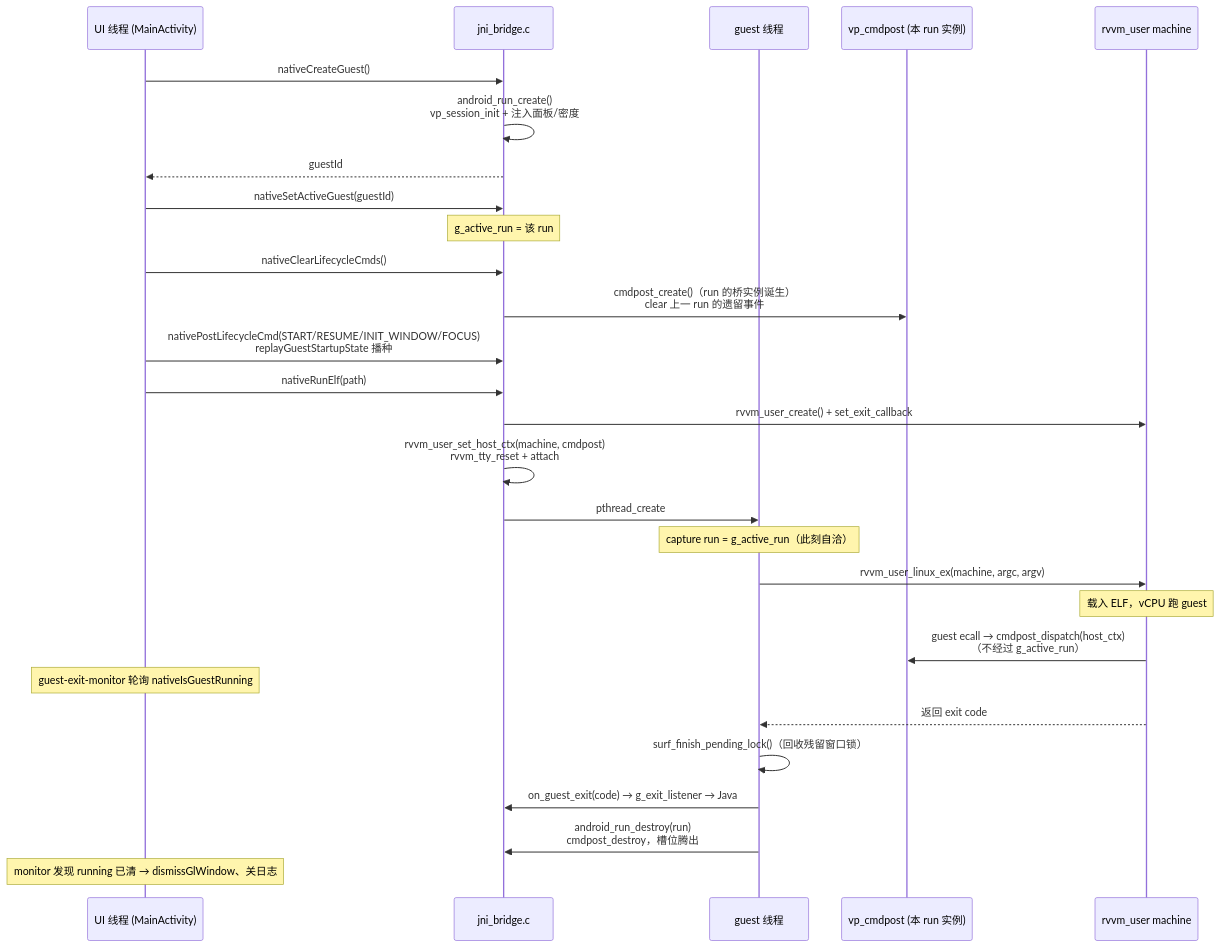
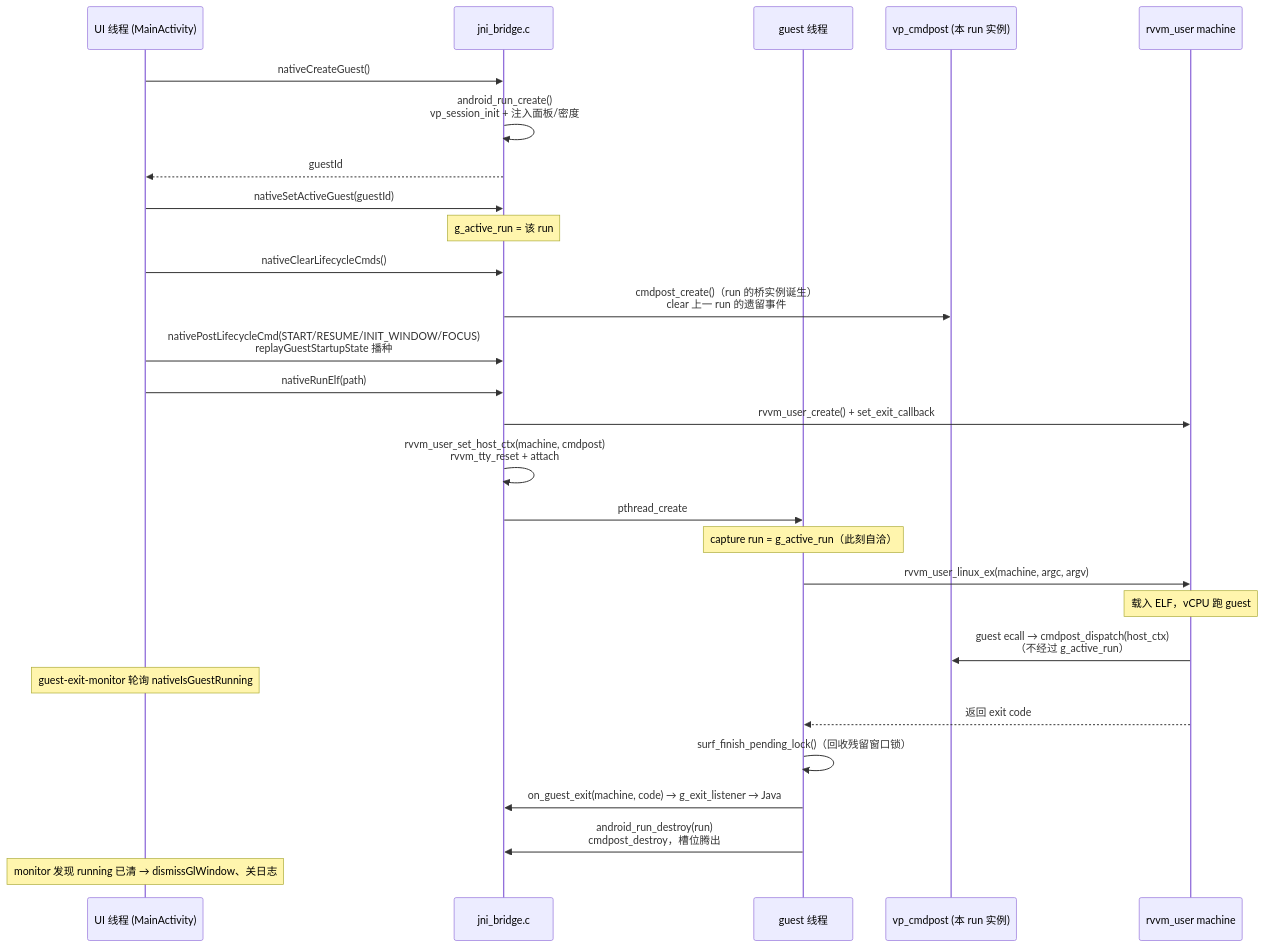
One commit to linsmod/RVVM changed the first of 4 diagrams in src/virtpass/android-host/Rvvm Android Host架构.md. Above: the diagram before and after it, drawn with Mermaid. The commit also changed 27 other files, not shown here.

````diff
--- a/src/virtpass/android-host/Rvvm Android Host架构.md
+++ b/src/virtpass/android-host/Rvvm Android Host架构.md
@@ -195,31 +195,31 @@
 ```mermaid
 sequenceDiagram
     participant UI as UI 线程 (MainActivity)
     participant JNI as jni_bridge.c
     participant GT as guest 线程
     participant CP as vp_cmdpost (本 run 实例)
     participant M as rvvm_user machine
 
     UI->>JNI: nativeCreateGuest()
     JNI->>JNI: android_run_create()<br/>vp_session_init + 注入面板/密度
     JNI-->>UI: guestId
     UI->>JNI: nativeSetActiveGuest(guestId)
     Note over JNI: g_active_run = 该 run
     UI->>JNI: nativeClearLifecycleCmds()
     JNI->>CP: cmdpost_create()（run 的桥实例诞生）<br/>clear 上一 run 的遗留事件
     UI->>JNI: nativePostLifecycleCmd(START/RESUME/INIT_WINDOW/FOCUS)<br/>replayGuestStartupState 播种
     UI->>JNI: nativeRunElf(path)
     JNI->>M: rvvm_user_create() + set_exit_callback
     JNI->>JNI: rvvm_user_set_host_ctx(machine, cmdpost)<br/>rvvm_tty_reset + attach
     JNI->>GT: pthread_create
     Note over GT: capture run = g_active_run（此刻自洽）
     GT->>M: rvvm_user_linux_ex(machine, argc, argv)
     Note over M: 载入 ELF，vCPU 跑 guest
     M->>CP: guest ecall → cmdpost_dispatch(host_ctx)<br/>（不经过 g_active_run）
     Note over UI: guest-exit-monitor 轮询 nativeIsGuestRunning
     M-->>GT: 返回 exit code
     GT->>GT: surf_finish_pending_lock()（回收残留窗口锁）
-    GT->>JNI: on_guest_exit(code) → g_exit_listener → Java
+    GT->>JNI: on_guest_exit(machine, code) → g_exit_listener → Java
     GT->>JNI: android_run_destroy(run)<br/>cmdpost_destroy，槽位腾出
     Note over UI: monitor 发现 running 已清 → dismissGlWindow、关日志
 ```
````
